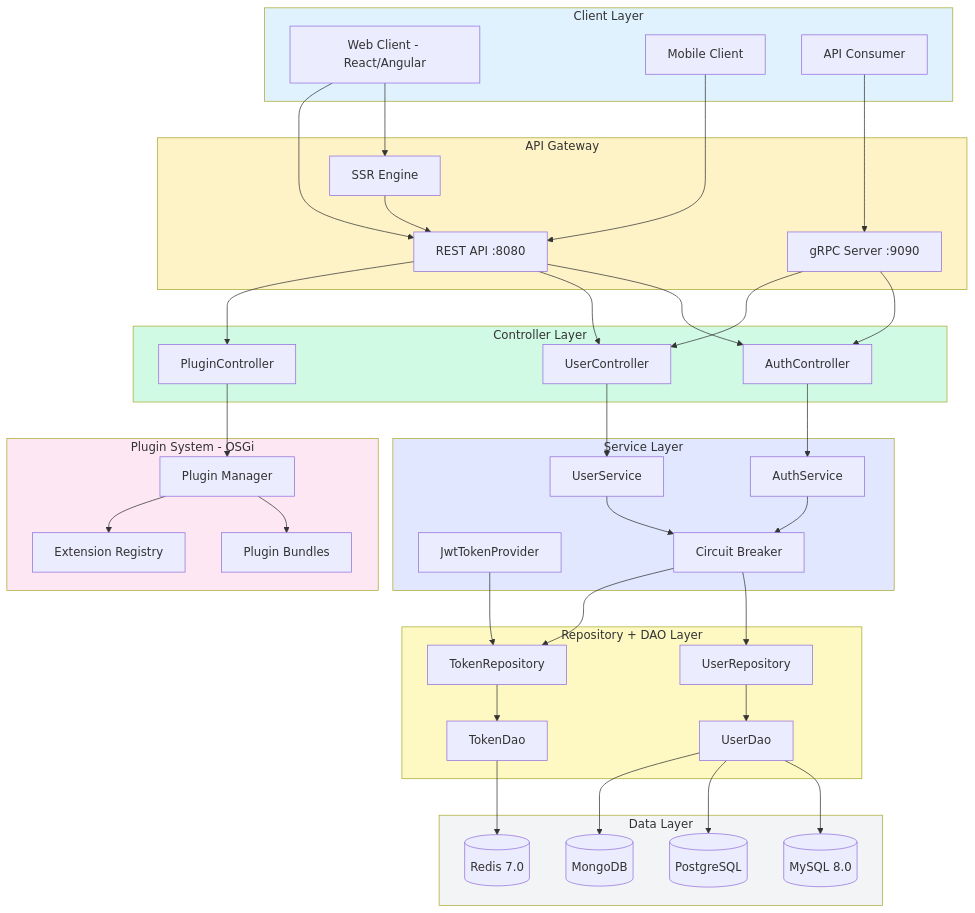
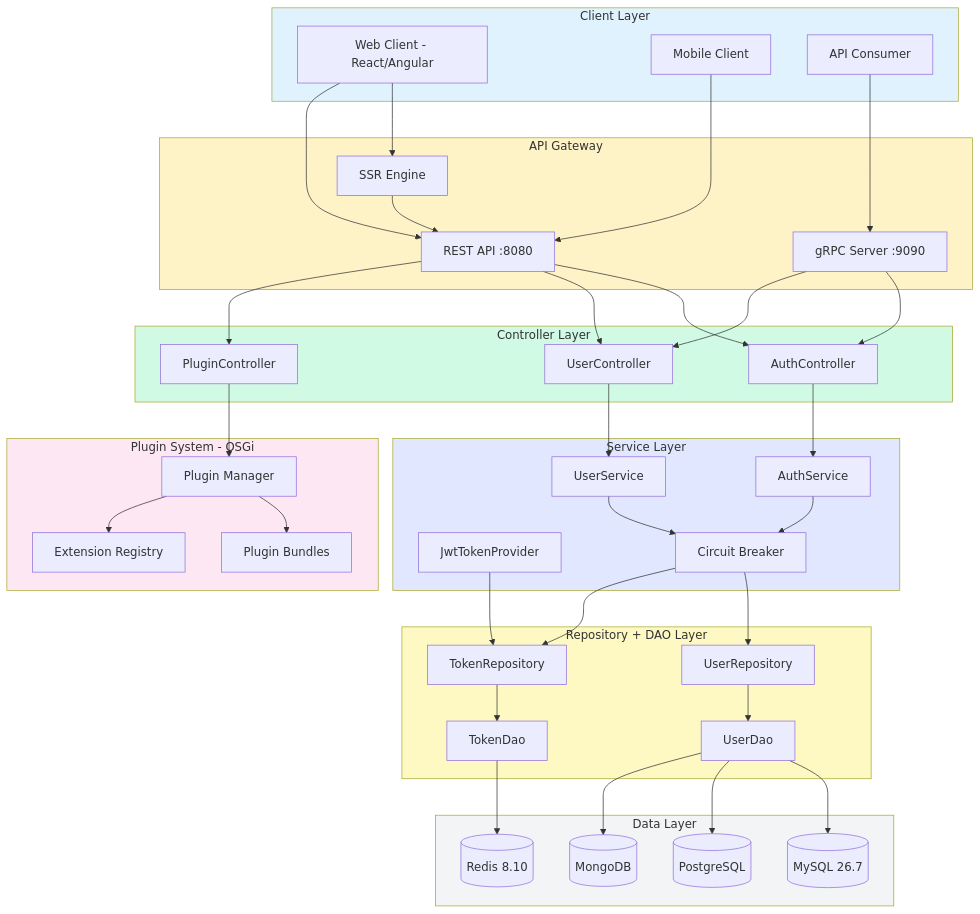
The first of 11 diagrams in README.md (jrjohn/arcana-cloud-springboot), drawn with Mermaid before and after one commit. The commit also changed other lines of this file, not shown here.

Commit message:
chore(docs): sync README versions + CI badges
Update stale MySQL/Redis version claims (8.0/7.0 -> 26.7/8.10) in the
architecture diagram and Prerequisites to match deployment/*/docker-compose.yml.
Spring Boot, Spring Cloud, gRPC, Gradle, Java, Felix OSGi, Tests and
Coverage badges already matched live sources (libs.versions.toml, Jenkins
lastStableBuild console, SonarQube coverage metric) - no change needed.

```diff
--- a/README.md
+++ b/README.md
@@ -68,10 +68,10 @@
     end
 
     subgraph Data["Data Layer"]
-        MYSQL[(MySQL 8.0)]
+        MYSQL[(MySQL 26.7)]
         PGSQL[(PostgreSQL)]
         MONGO[(MongoDB)]
-        REDIS[(Redis 7.0)]
+        REDIS[(Redis 8.10)]
     end
 
     WEB --> SSR
```
